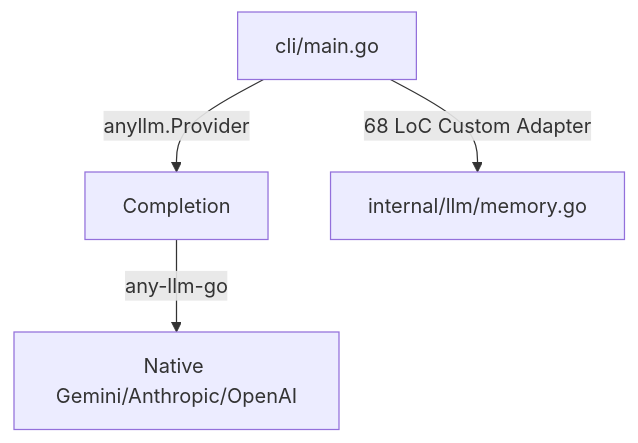
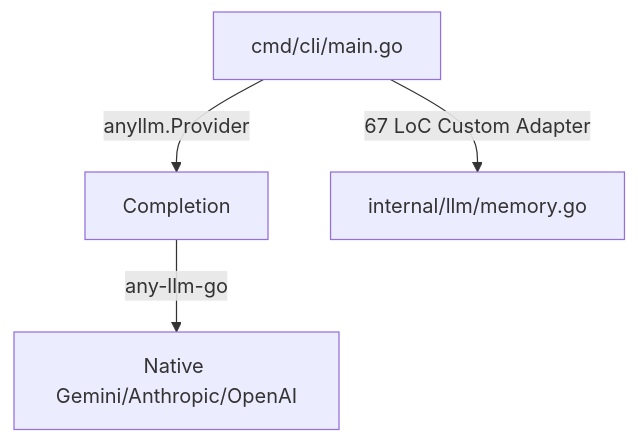
One commit to mdfranz/elastic-security-mcp changed the second of 4 diagrams in GO-AGENT-COMP.md. Above: the diagram before and after it, drawn with Mermaid. The commit also changed other lines of this file and 4 other files, not shown here.

````diff
--- a/GO-AGENT-COMP.md
+++ b/GO-AGENT-COMP.md
@@ -28,6 +28,6 @@
 ```mermaid
 graph TD
-    A2[cli/main.go] -->|anyllm.Provider| B2[Completion]
-    A2 -->|68 LoC Custom Adapter| C2[internal/llm/memory.go]
+    A2[cmd/cli/main.go] -->|anyllm.Provider| B2[Completion]
+    A2 -->|67 LoC Custom Adapter| C2[internal/llm/memory.go]
     B2 -->|any-llm-go| E2[Native Gemini/Anthropic/OpenAI]
 ```
````
